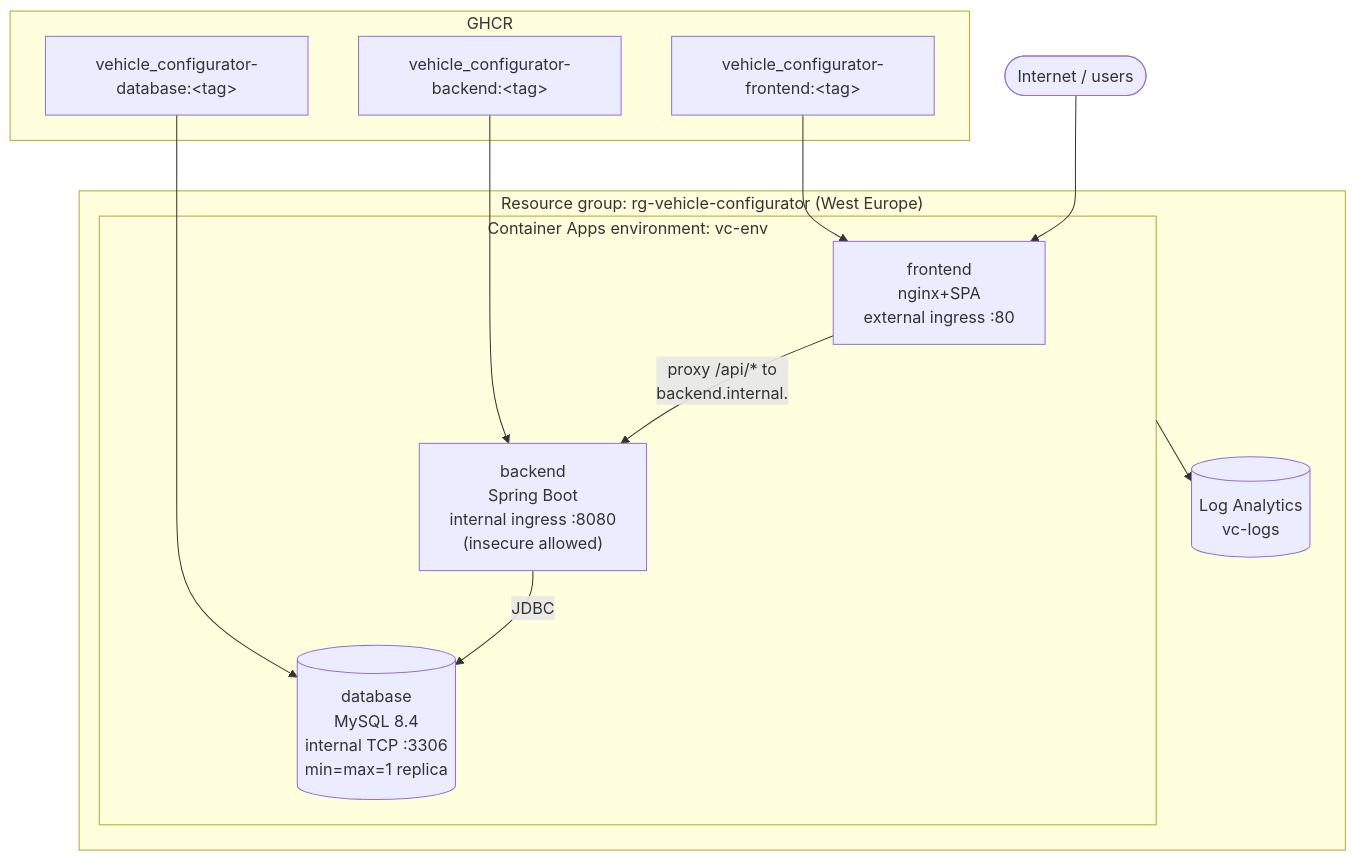
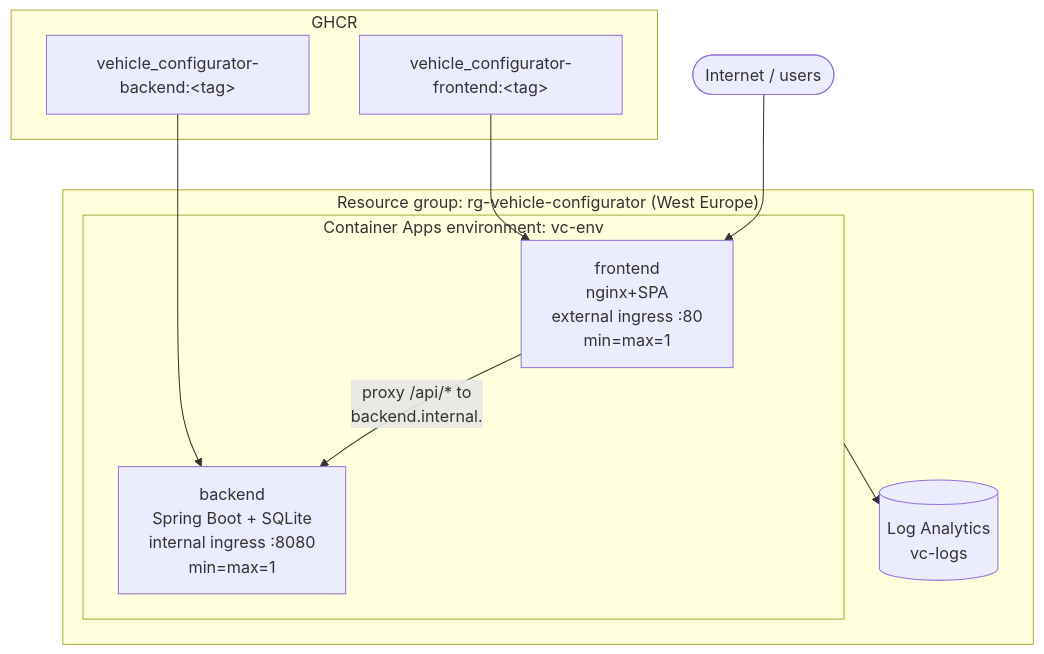
One commit to fbrase799/vehicle_configurator changed the second of 3 diagrams in docs/arc42/07-deployment-view.md. Above: the diagram before and after it, drawn with Mermaid. The commit also changed other lines of this file and 49 other files, not shown here.

````diff
--- a/docs/arc42/07-deployment-view.md
+++ b/docs/arc42/07-deployment-view.md
@@ -55,26 +53,22 @@
 ```mermaid
 flowchart TB
     subgraph rg["Resource group: rg-vehicle-configurator (West Europe)"]
         law[(Log Analytics<br/>vc-logs)]
         subgraph env[Container Apps environment: vc-env]
-            feca["frontend<br/>nginx+SPA<br/>external ingress :80"]
-            beca["backend<br/>Spring Boot<br/>internal ingress :8080<br/>(insecure allowed)"]
-            dbca[(database<br/>MySQL 8.4<br/>internal TCP :3306<br/>min=max=1 replica)]
+            feca["frontend<br/>nginx+SPA<br/>external ingress :80<br/>min=max=1"]
+            beca["backend<br/>Spring Boot + SQLite<br/>internal ingress :8080<br/>min=max=1"]
         end
     end
 
     subgraph ghcr[GHCR]
         img_fe[vehicle_configurator-frontend:&lt;tag&gt;]
         img_be[vehicle_configurator-backend:&lt;tag&gt;]
-        img_db[vehicle_configurator-database:&lt;tag&gt;]
     end
 
     internet([Internet / users]) --> feca
     feca -- "proxy /api/* to<br/>backend.internal.<env-fqdn>" --> beca
-    beca -- "JDBC" --> dbca
     env --> law
 
     img_fe --> feca
     img_be --> beca
-    img_db --> dbca
 ```
````
